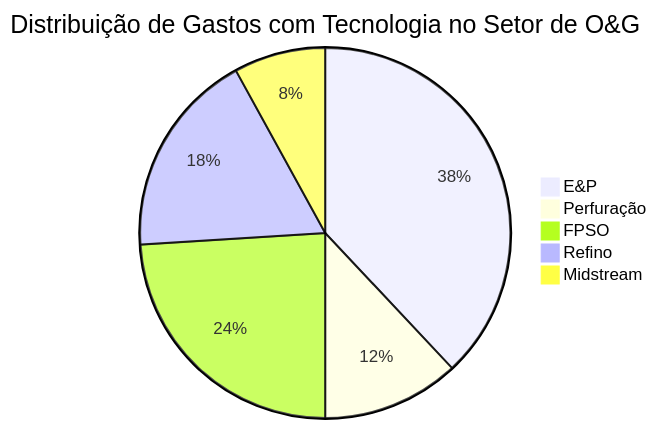
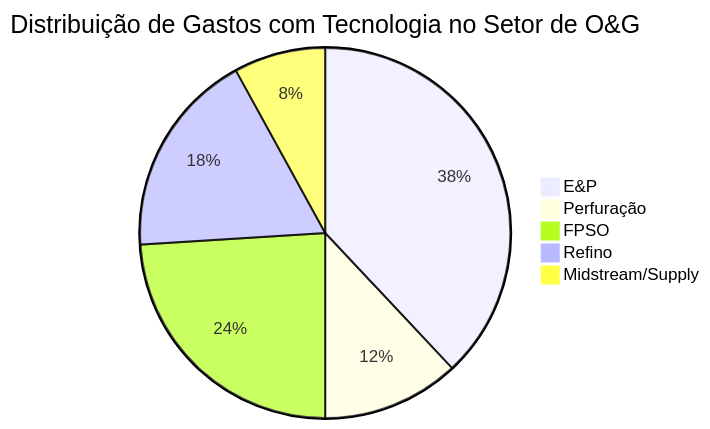
Before and after one commit to wonder-dmercadal/PublicReports: the second of 5 diagrams in AnaliseMercado.md, drawn with Mermaid. The commit also changed other lines of this file, not shown here.

````diff
--- a/AnaliseMercado.md
+++ b/AnaliseMercado.md
@@ -50,9 +55,9 @@
 ```mermaid
 pie
     title Distribuição de Gastos com Tecnologia no Setor de O&G
     "E&P" : 38
     "Perfuração" : 12
     "FPSO" : 24
     "Refino" : 18
-    "Midstream" : 8
+    "Midstream/Supply" : 8
 ```
````
